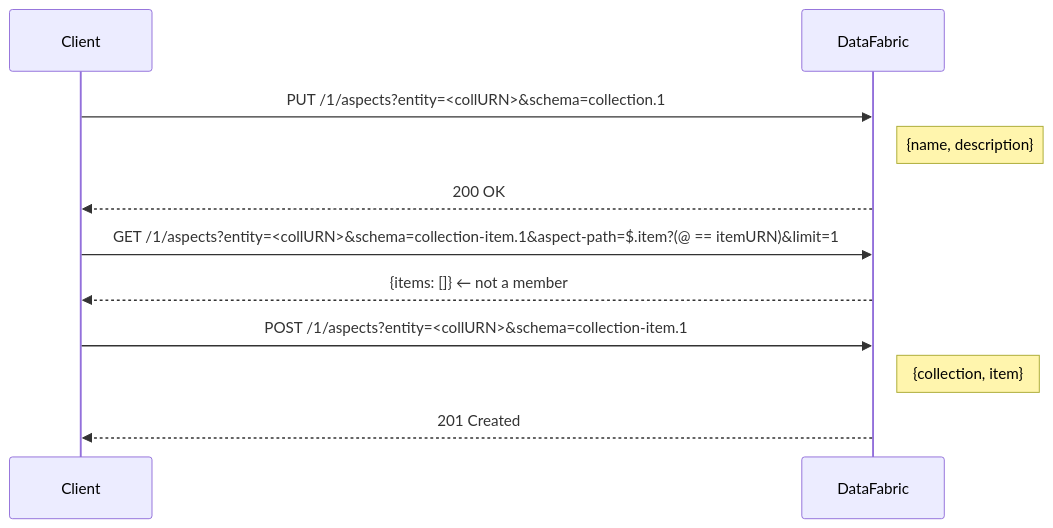
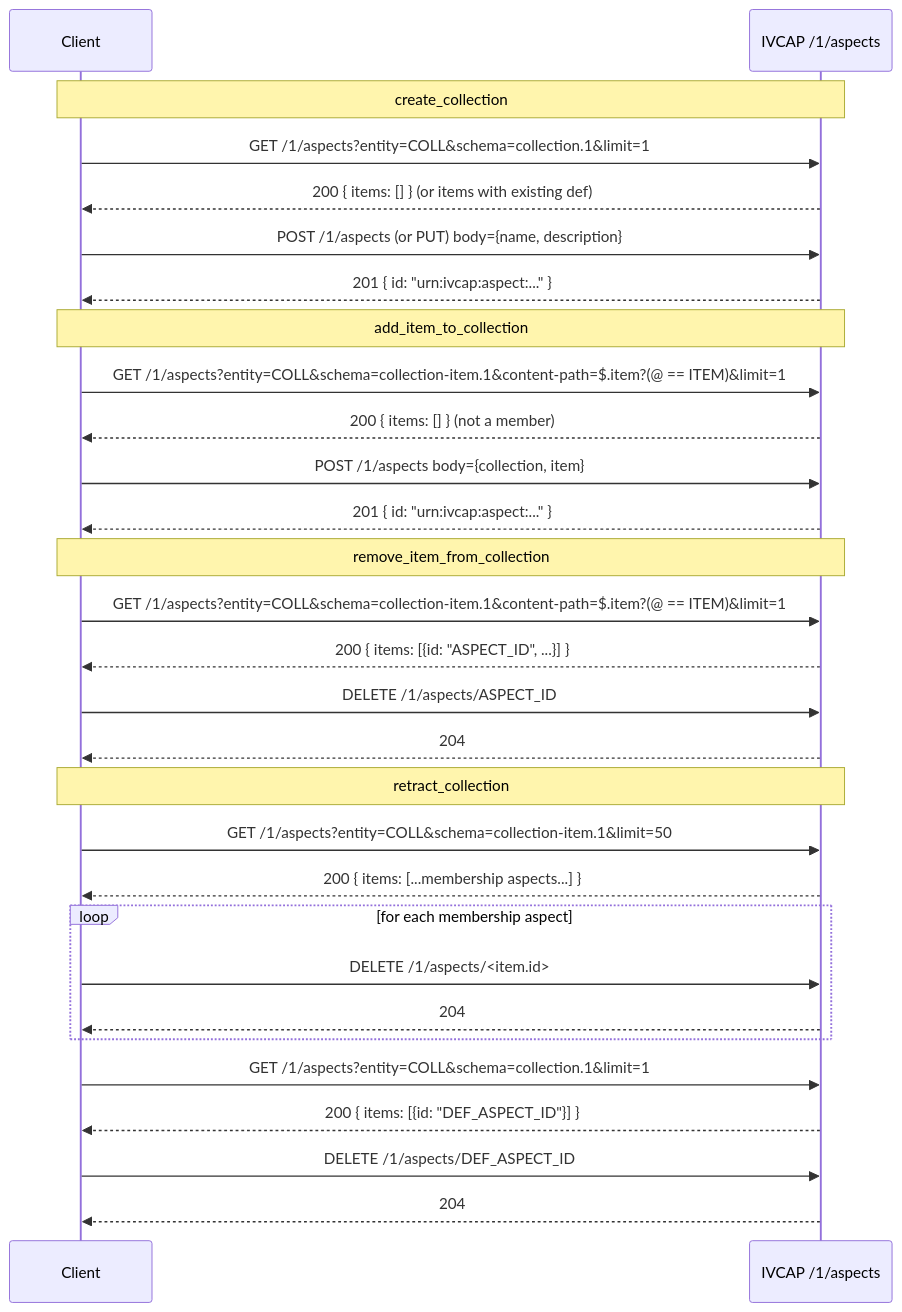
The second of 2 diagrams in docs/docs/guides/collections.md (ivcap-works/ivcap-client-sdk-python), drawn with Mermaid before and after one commit. The commit also changed other lines of this file and 8 other files, not shown here.

````diff
--- a/docs/docs/guides/collections.md
+++ b/docs/docs/guides/collections.md
@@ -169,16 +477,35 @@
 ```mermaid
 sequenceDiagram
     participant Client
-    participant DataFabric
+    participant API as IVCAP /1/aspects
 
-    Client->>DataFabric: PUT /1/aspects?entity=<collURN>&schema=collection.1
-    Note right of DataFabric: {name, description}
-    DataFabric-->>Client: 200 OK
+    Note over Client,API: create_collection
+    Client->>API: GET /1/aspects?entity=COLL&schema=collection.1&limit=1
+    API-->>Client: 200 { items: [] }  (or items with existing def)
+    Client->>API: POST /1/aspects (or PUT) body={name, description}
+    API-->>Client: 201 { id: "urn:ivcap:aspect:..." }
 
-    Client->>DataFabric: GET /1/aspects?entity=<collURN>&schema=collection-item.1&aspect-path=$.item?(@ == itemURN)&limit=1
-    DataFabric-->>Client: {items: []}  ← not a member
+    Note over Client,API: add_item_to_collection
+    Client->>API: GET /1/aspects?entity=COLL&schema=collection-item.1&content-path=$.item?(@ == ITEM)&limit=1
+    API-->>Client: 200 { items: [] }  (not a member)
+    Client->>API: POST /1/aspects body={collection, item}
+    API-->>Client: 201 { id: "urn:ivcap:aspect:..." }
 
-    Client->>DataFabric: POST /1/aspects?entity=<collURN>&schema=collection-item.1
-    Note right of DataFabric: {collection, item}
-    DataFabric-->>Client: 201 Created
+    Note over Client,API: remove_item_from_collection
+    Client->>API: GET /1/aspects?entity=COLL&schema=collection-item.1&content-path=$.item?(@ == ITEM)&limit=1
+    API-->>Client: 200 { items: [{id: "ASPECT_ID", ...}] }
+    Client->>API: DELETE /1/aspects/ASPECT_ID
+    API-->>Client: 204
+
+    Note over Client,API: retract_collection
+    Client->>API: GET /1/aspects?entity=COLL&schema=collection-item.1&limit=50
+    API-->>Client: 200 { items: [...membership aspects...] }
+    loop for each membership aspect
+        Client->>API: DELETE /1/aspects/<item.id>
+        API-->>Client: 204
+    end
+    Client->>API: GET /1/aspects?entity=COLL&schema=collection.1&limit=1
+    API-->>Client: 200 { items: [{id: "DEF_ASPECT_ID"}] }
+    Client->>API: DELETE /1/aspects/DEF_ASPECT_ID
+    API-->>Client: 204
 ```
````
